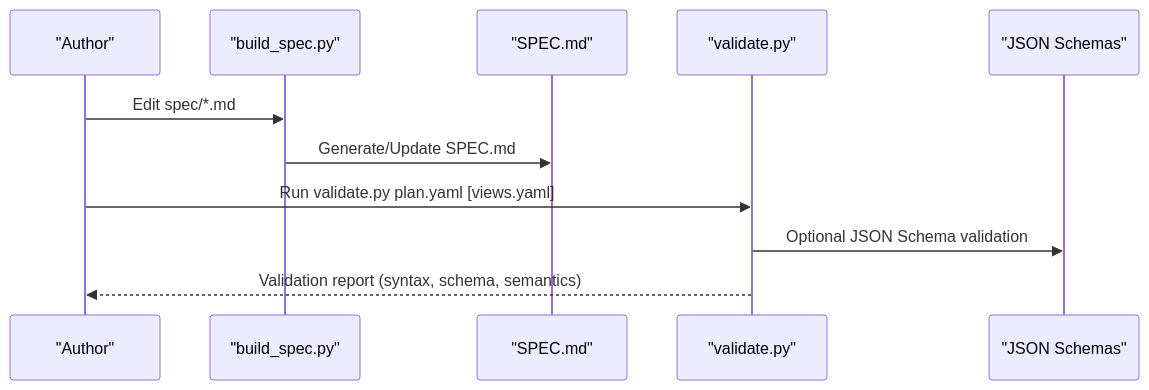
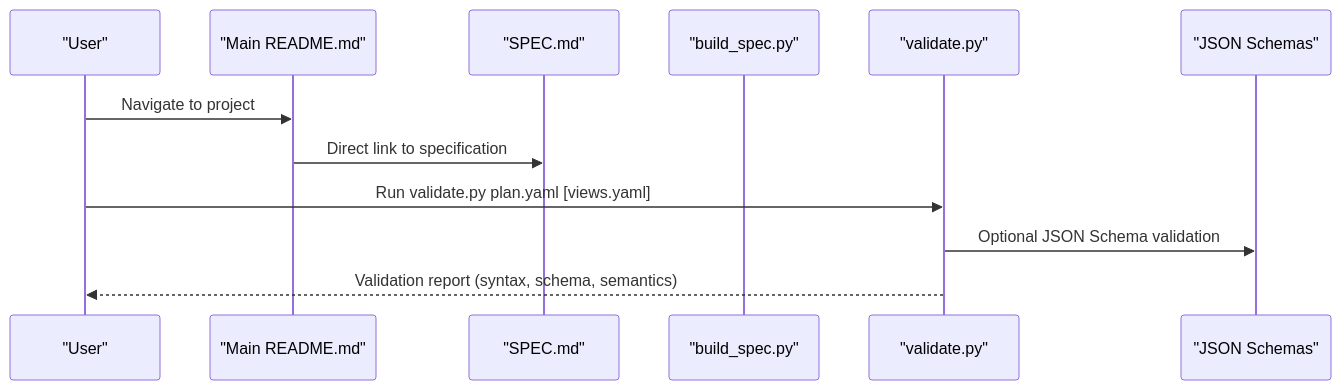
Before and after one commit to asukhodko/opskarta: the second of 5 diagrams in .qoder/repowiki/en/content/Project Overview/Specification Versions and Evolution.md, drawn with Mermaid. The commit also changed other lines of this file and 6 other files, not shown here.

````diff
--- a/.qoder/repowiki/en/content/Project Overview/Specification Versions and Evolution.md
+++ b/.qoder/repowiki/en/content/Project Overview/Specification Versions and Evolution.md
@@ -105,13 +122,14 @@
 ```mermaid
 sequenceDiagram
-participant Author as "Author"
+participant User as "User"
+participant MainDoc as "Main README.md"
+participant Spec as "SPEC.md"
 participant Builder as "build_spec.py"
-participant Spec as "SPEC.md"
 participant Validator as "validate.py"
 participant Schema as "JSON Schemas"
-Author->>Builder : Edit spec/*.md
-Builder->>Spec : Generate/Update SPEC.md
-Author->>Validator : Run validate.py plan.yaml [views.yaml]
+User->>MainDoc : Navigate to project
+MainDoc->>Spec : Direct link to specification
+User->>Validator : Run validate.py plan.yaml [views.yaml]
 Validator->>Schema : Optional JSON Schema validation
-Validator-->>Author : Validation report (syntax, schema, semantics)
+Validator-->>User : Validation report (syntax, schema, semantics)
 ```
````
